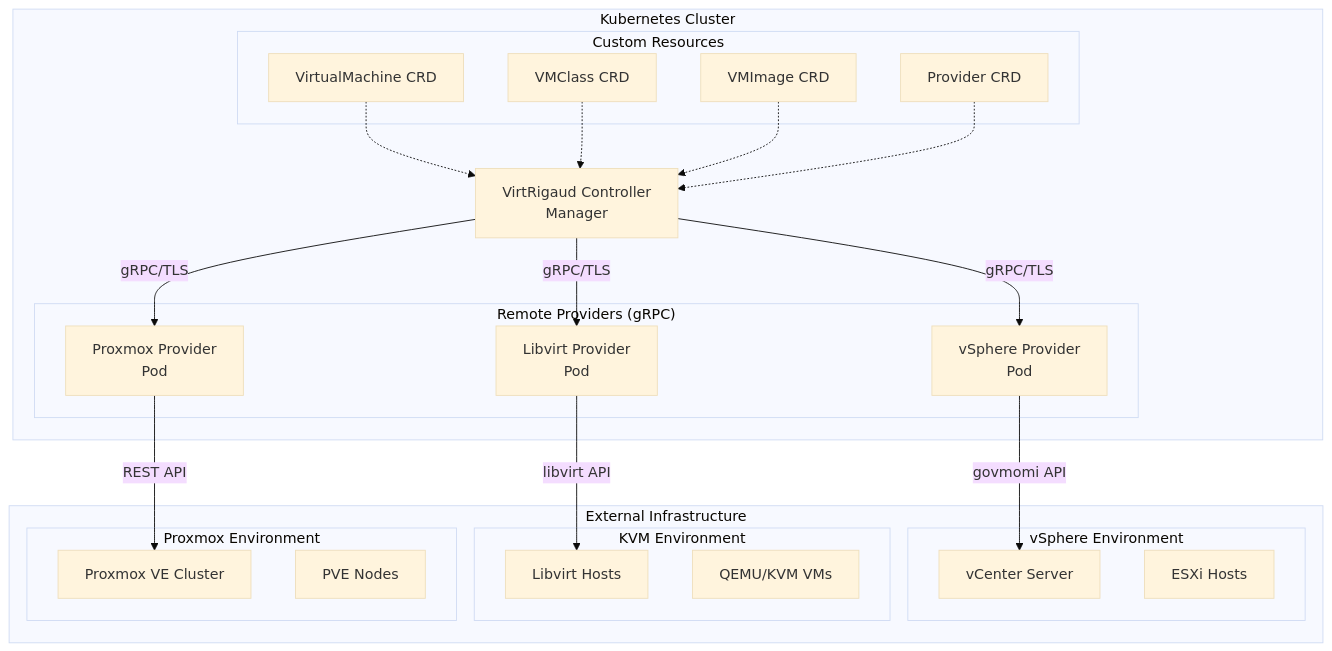
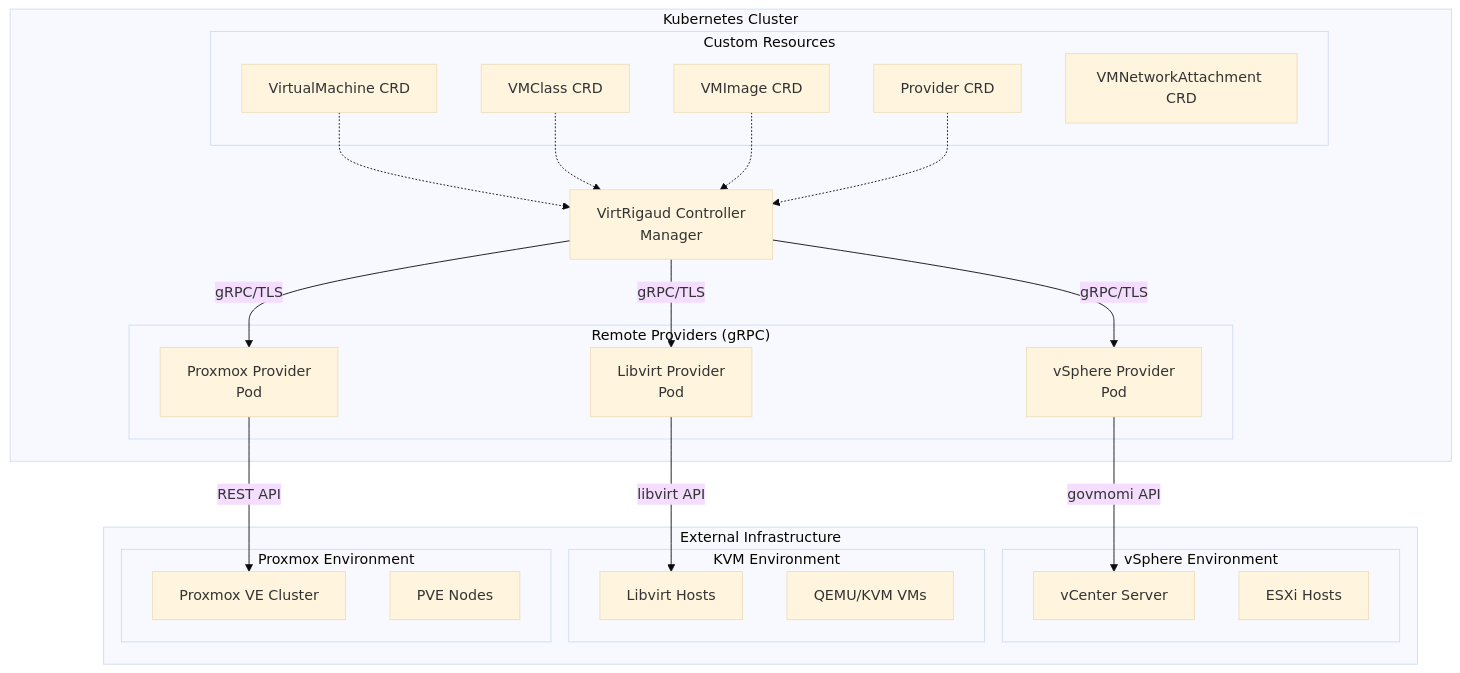
One commit to projectbeskar/virtrigaud changed the diagram in README.md. Above: the diagram before and after it, drawn with Mermaid (base theme). The commit also changed other lines of this file, not shown here.

````diff
--- a/README.md
+++ b/README.md
@@ -44,57 +44,58 @@
 ```mermaid
 graph TB
     %% Kubernetes Cluster boundary
     subgraph "Kubernetes Cluster"
         
         %% CRDs
         subgraph "Custom Resources"
             VM[VirtualMachine CRD]
             VMC[VMClass CRD]
             VMI[VMImage CRD]
             PR[Provider CRD]
+            VMNA[VMNetworkAttachment CRD]
         end
         
         %% Controller
         CTRL[VirtRigaud Controller<br/>Manager]
         
         %% Remote Providers
         subgraph "Remote Providers (gRPC)"
             VSP[vSphere Provider<br/>Pod]
             LVP[Libvirt Provider<br/>Pod] 
             PXP[Proxmox Provider<br/>Pod]
         end
         
         %% Connections within cluster
         VM -.-> CTRL
         VMC -.-> CTRL
         VMI -.-> CTRL
         PR -.-> CTRL
         
         CTRL -->|gRPC/TLS| VSP
         CTRL -->|gRPC/TLS| LVP
         CTRL -->|gRPC/TLS| PXP
     end
     
     %% External Infrastructure
     subgraph "External Infrastructure"
         subgraph "vSphere Environment"
             VCENTER[vCenter Server]
             ESXI[ESXi Hosts]
         end
         
         subgraph "KVM Environment"
             LIBVIRT[Libvirt Hosts]
             QEMU[QEMU/KVM VMs]
         end
         
         subgraph "Proxmox Environment"
             PVE[Proxmox VE Cluster]
             NODES[PVE Nodes]
         end
     end
     
     %% External connections
     VSP -->|govmomi API| VCENTER
     LVP -->|libvirt API| LIBVIRT
     PXP -->|REST API| PVE
 ```
````
